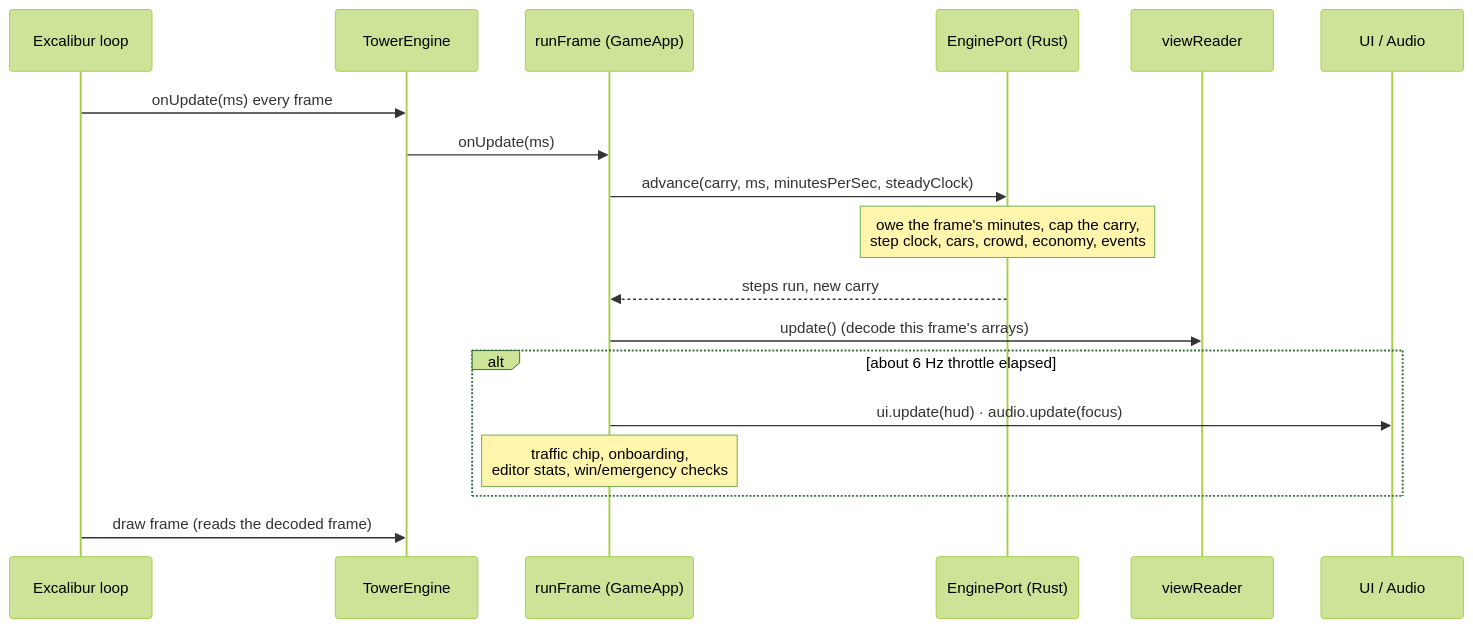
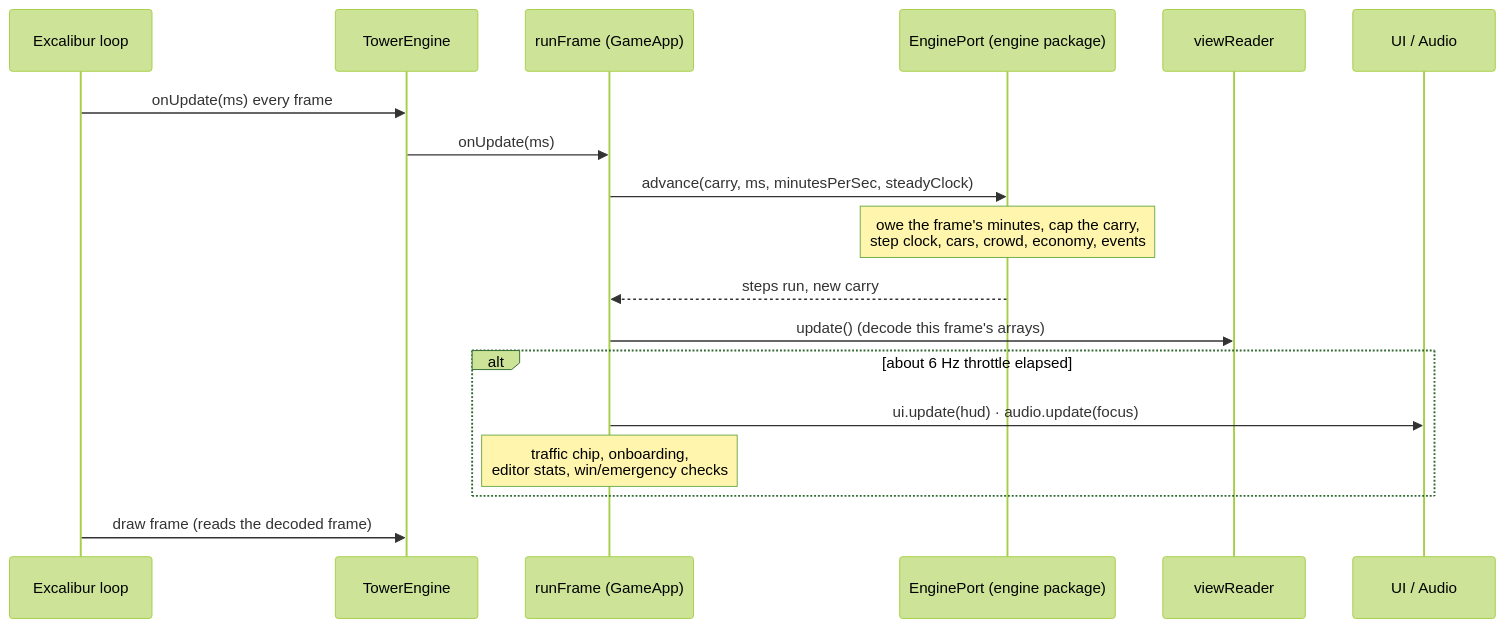
The third of 6 diagrams in ARCHITECTURE.md (maniator/verticopolis), drawn with Mermaid (forest theme) before and after one commit. The commit also changed other lines of this file and 2 other files, not shown here.

First line of the commit message:
Trim ARCHITECTURE.md to the game and link the other two tours

````diff
--- a/ARCHITECTURE.md
+++ b/ARCHITECTURE.md
@@ -151,21 +186,21 @@
 ```mermaid
 sequenceDiagram
     participant EX as Excalibur loop
     participant TE as TowerEngine
     participant GA as runFrame (GameApp)
-    participant EP as EnginePort (Rust)
+    participant EP as EnginePort (engine package)
     participant VR as viewReader
     participant UI as UI / Audio
 
     EX->>TE: onUpdate(ms) every frame
     TE->>GA: onUpdate(ms)
     GA->>EP: advance(carry, ms, minutesPerSec, steadyClock)
     Note over EP: owe the frame's minutes, cap the carry,<br/>step clock, cars, crowd, economy, events
     EP-->>GA: steps run, new carry
     GA->>VR: update() (decode this frame's arrays)
     alt about 6 Hz throttle elapsed
         GA->>UI: ui.update(hud) · audio.update(focus)
         Note over GA: traffic chip, onboarding,<br/>editor stats, win/emergency checks
     end
     EX->>TE: draw frame (reads the decoded frame)
 ```
````
